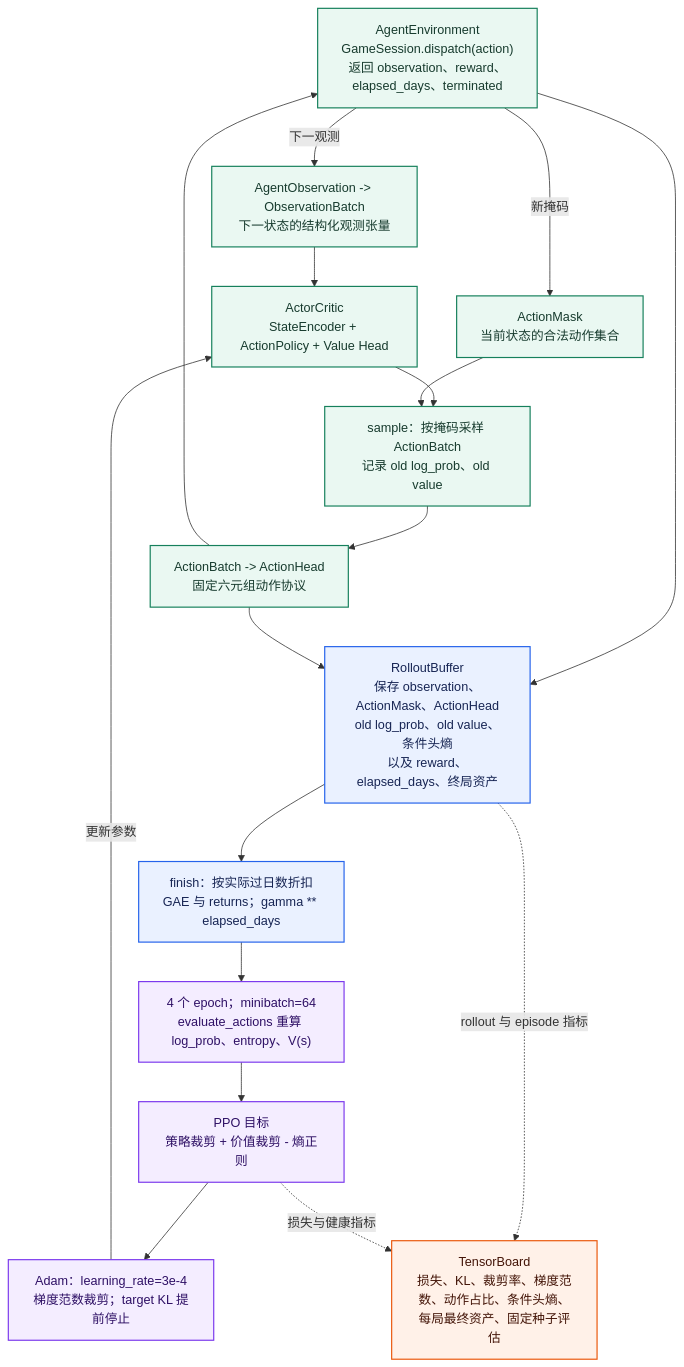
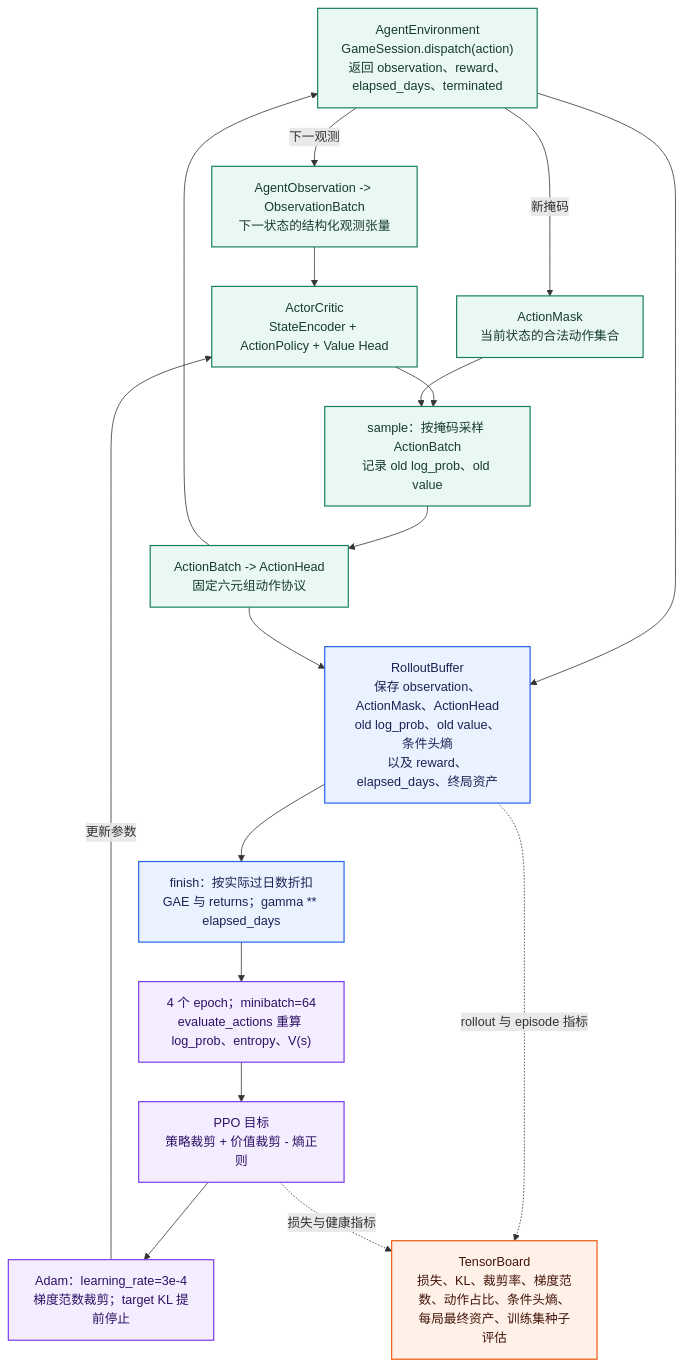
One commit to ImJX-Xu/TradeGame-RL changed the diagram in docs/architecture/ppo-training.md. Above: the diagram before and after it, drawn with Mermaid. The commit also changed other lines of this file and 8 other files, not shown here.

````diff
--- a/docs/architecture/ppo-training.md
+++ b/docs/architecture/ppo-training.md
@@ -5,32 +7,32 @@
 ```mermaid
 flowchart TB
     classDef runtime fill:#EAF8F2,stroke:#16805C,stroke-width:1.5px,color:#173B2E
     classDef storage fill:#EAF1FF,stroke:#2563EB,stroke-width:1.5px,color:#172554
     classDef optimize fill:#F4EDFF,stroke:#7C3AED,stroke-width:1.5px,color:#2E1065
     classDef monitor fill:#FFF1E8,stroke:#EA580C,stroke-width:1.5px,color:#431407
 
     environment["AgentEnvironment<br/>GameSession.dispatch(action)<br/>返回 observation、reward、elapsed_days、terminated"]:::runtime
     model["ActorCritic<br/>StateEncoder + ActionPolicy + Value Head"]:::runtime
     observation["AgentObservation -> ObservationBatch<br/>下一状态的结构化观测张量"]:::runtime
     mask["ActionMask<br/>当前状态的合法动作集合"]:::runtime
     sample["sample：按掩码采样 ActionBatch<br/>记录 old log_prob、old value"]:::runtime
     action["ActionBatch -> ActionHead<br/>固定六元组动作协议"]:::runtime
     buffer["RolloutBuffer<br/>保存 observation、ActionMask、ActionHead<br/>old log_prob、old value、条件头熵<br/>以及 reward、elapsed_days、终局资产"]:::storage
     gae["finish：按实际过日数折扣<br/>GAE 与 returns；gamma ** elapsed_days"]:::storage
     minibatch["4 个 epoch；minibatch=64<br/>evaluate_actions 重算 log_prob、entropy、V(s)"]:::optimize
     objective["PPO 目标<br/>策略裁剪 + 价值裁剪 - 熵正则"]:::optimize
     update["Adam：learning_rate=3e-4<br/>梯度范数裁剪；target KL 提前停止"]:::optimize
-    tensorboard["TensorBoard<br/>损失、KL、裁剪率、梯度范数、动作占比、条件头熵、每局最终资产、固定种子评估"]:::monitor
+    tensorboard["TensorBoard<br/>损失、KL、裁剪率、梯度范数、动作占比、条件头熵、每局最终资产、训练集种子评估"]:::monitor
 
     observation --> model
     model --> sample
     mask --> sample
     sample --> action --> environment
     environment -->|下一观测| observation
     environment -->|新掩码| mask
     environment --> buffer
     action --> buffer
     buffer --> gae --> minibatch --> objective --> update -->|更新参数| model
     buffer -. rollout 与 episode 指标 .-> tensorboard
     objective -. 损失与健康指标 .-> tensorboard
 ```
````
